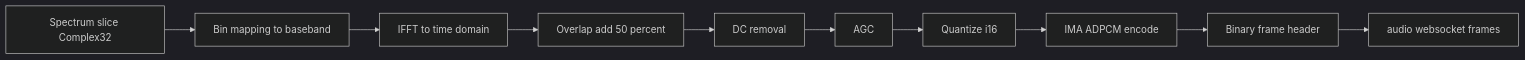
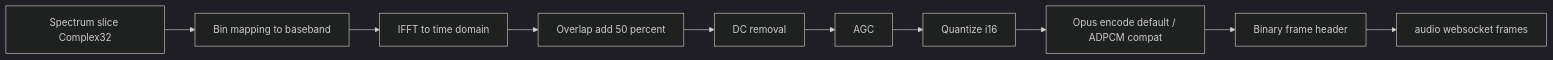
One commit to Steven9101/NovaSDR changed the diagram in docs/AUDIO.md. Above: the diagram before and after it, drawn with Mermaid (dark theme). The commit also changed other lines of this file and 10 other files, not shown here.

````diff
--- a/docs/AUDIO.md
+++ b/docs/AUDIO.md
@@ -7,12 +7,12 @@
 ```mermaid
 graph LR
   A[Spectrum slice Complex32] --> B[Bin mapping to baseband]
   B --> C[IFFT to time domain]
   C --> D[Overlap add 50 percent]
   D --> E[DC removal]
   E --> F[AGC]
   F --> G[Quantize i16]
-  G --> H[IMA ADPCM encode]
+  G --> H[Opus encode default / ADPCM compat]
   H --> I[Binary frame header]
   I --> J[audio websocket frames]
 ```
````
